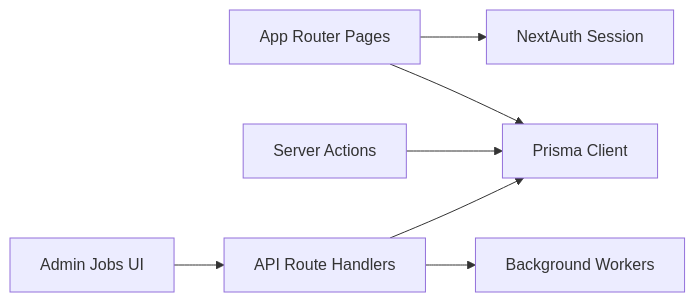
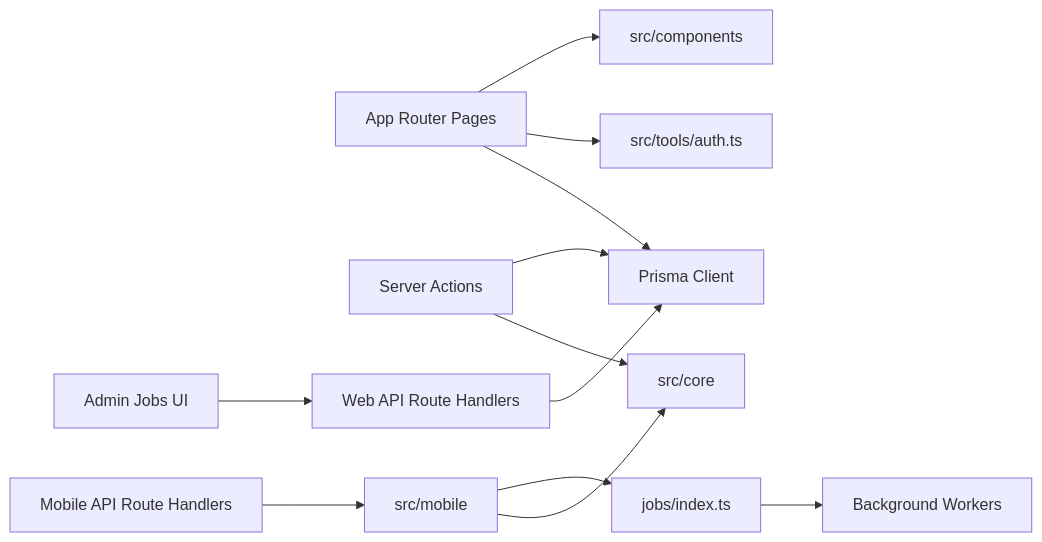
The sixth of 6 diagrams in .qoder/repowiki/en/content/Architecture Overview/App Pages and Routes.md (Dezzpil/meingym), drawn with Mermaid before and after one commit. The commit also changed other lines of this file and 12 other files, not shown here.

````diff
--- a/.qoder/repowiki/en/content/Architecture Overview/App Pages and Routes.md
+++ b/.qoder/repowiki/en/content/Architecture Overview/App Pages and Routes.md
@@ -228,9 +340,14 @@
 ```mermaid
 graph LR
 Pages["App Router Pages"] --> Prisma["Prisma Client"]
-Pages --> NextAuth["NextAuth Session"]
-ServerActions["Server Actions"] --> Prisma
-APIs["API Route Handlers"] --> Prisma
-APIs --> Workers["Background Workers"]
+Pages --> NextAuth["src/tools/auth.ts"]
+Pages --> Components["src/components"]
+ServerActions["Server Actions"] --> Core["src/core"]
+ServerActions --> Prisma
+APIs["Web API Route Handlers"] --> Prisma
+MobileAPIs["Mobile API Route Handlers"] --> MobileSvc["src/mobile"]
+MobileSvc --> Core
+MobileSvc --> Jobs["jobs/index.ts"]
+Jobs --> Workers["Background Workers"]
 AdminUI["Admin Jobs UI"] --> APIs
 ```
````
